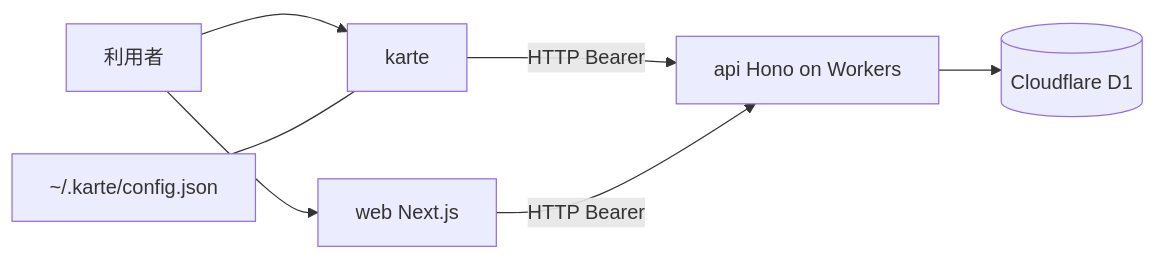
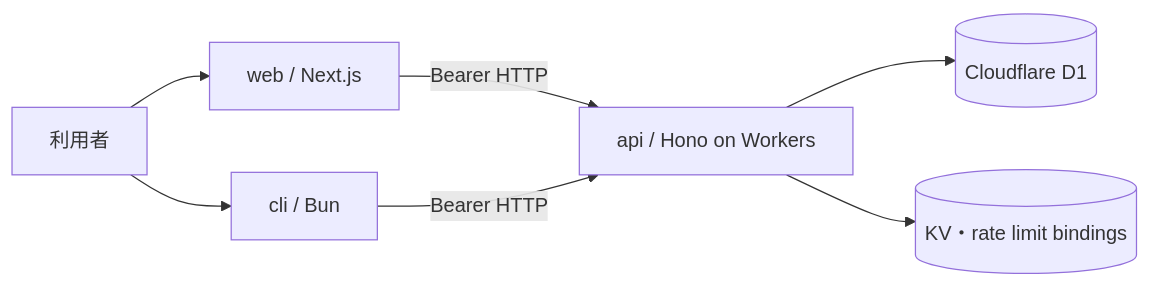
The first of 2 diagrams in .docs/architecture.md (interactive-inc/open-bedrock), drawn with Mermaid before and after one commit. The commit also changed other lines of this file and 98 other files, not shown here.

````diff
--- a/.docs/architecture.md
+++ b/.docs/architecture.md
@@ -55,9 +14,9 @@
 ```mermaid
 flowchart LR
-  user[利用者] --> cli[karte]
-  cli -->|HTTP Bearer| api[api Hono on Workers]
-  user --> web[web Next.js]
-  web -->|HTTP Bearer| api
-  api --> db[(Cloudflare D1)]
-  config[~/.karte/config.json] --- cli
+  Human["利用者"] --> Web["web / Next.js"]
+  Human --> CLI["cli / Bun"]
+  Web -->|"Bearer HTTP"| API["api / Hono on Workers"]
+  CLI -->|"Bearer HTTP"| API
+  API --> D1[("Cloudflare D1")]
+  API --> KV[("KV・rate limit bindings")]
 ```
````
